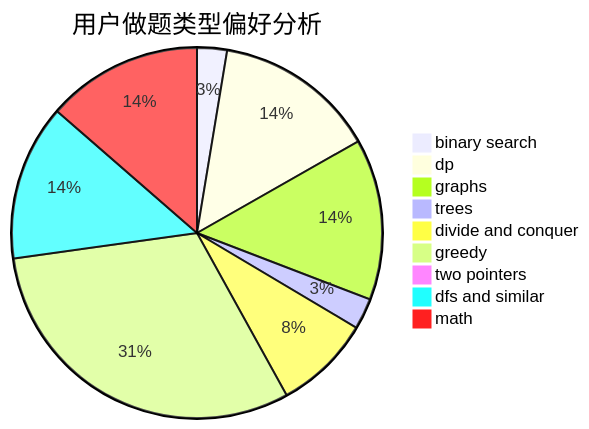
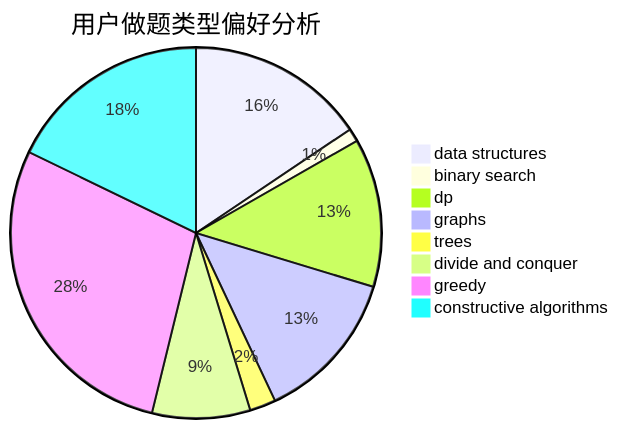
The second of 3 diagrams in docs/user/u11.md (sherpahu/cfrs.github.io), drawn with Mermaid before and after one commit. The commit also changed other lines of this file and 2775 other files, not shown here.

````diff
--- a/docs/user/u11.md
+++ b/docs/user/u11.md
@@ -23,12 +23,11 @@
 ```mermaid
 pie title 用户做题类型偏好分析
-    "binary search" :  56
-    "dp" :  304
-    "graphs" :  302
-    "trees" :  58
-    "divide and conquer" :  181
-    "greedy" :  662
-    "two pointers" :  7
-    "dfs and similar" :  292
-    "math" :  292
+    "data structures" :  328
+    "binary search" :  24
+    "dp" :  273
+    "graphs" :  280
+    "trees" :  48
+    "divide and conquer" :  180
+    "greedy" :  597
+    "constructive algorithms" :  375
 ```
````
